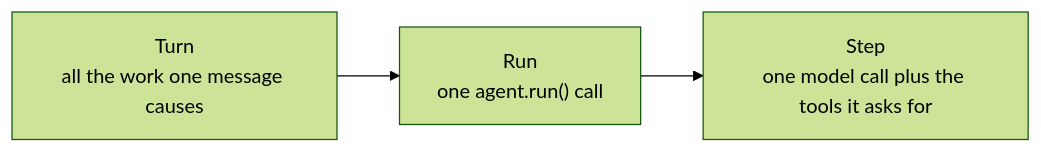
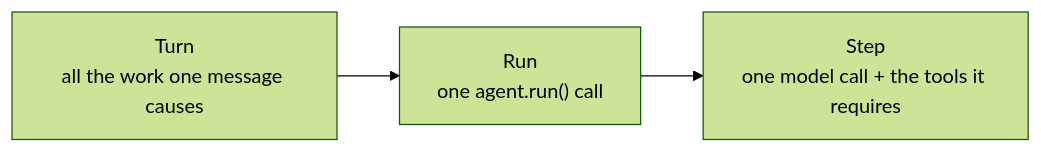
One commit to 100gle/bub changed the diagram in website/src/content/docs/docs/concepts/turn.mdx. Above: the diagram before and after it, drawn with Mermaid (forest theme). The commit also changed other lines of this file and 1 other file, not shown here.

````diff
--- a/website/src/content/docs/docs/concepts/turn.mdx
+++ b/website/src/content/docs/docs/concepts/turn.mdx
@@ -16,4 +16,4 @@
 ```mermaid
 flowchart LR
-  T["Turn<br/>all the work one message causes"] --> R["Run<br/>one agent.run() call"] --> S["Step<br/>one model call plus the tools it asks for"]
+  T["Turn<br/>all the work one message causes"] --> R["Run<br/>one agent.run() call"] --> S["Step<br/>one model call + the tools it requires"]
 ```
````
